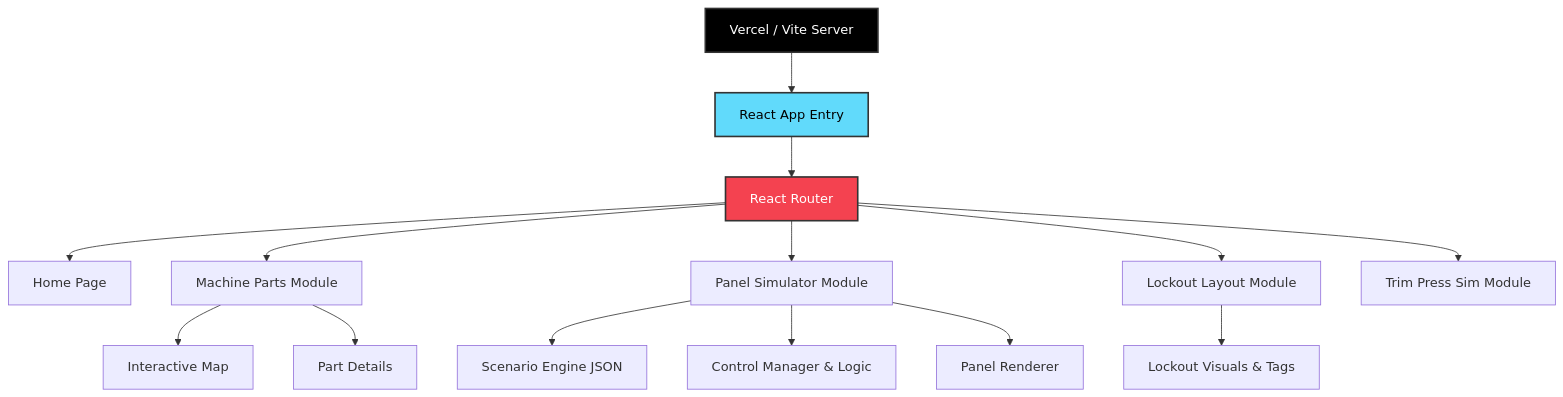
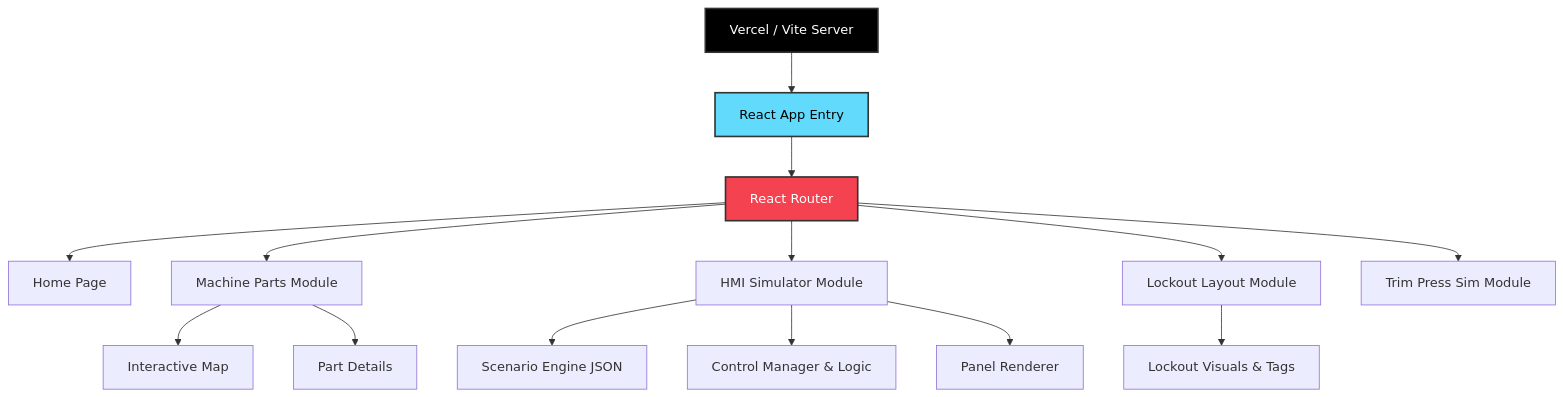
The diagram in README.md (eduardomatos66/dcmo), drawn with Mermaid before and after one commit. The commit also changed other lines of this file and 14 other files, not shown here.

````diff
--- a/README.md
+++ b/README.md
@@ -6,24 +6,24 @@
 ```mermaid
 graph TD
     A[Vercel / Vite Server] --> B[React App Entry]
     B --> C[React Router]
     
     C --> D[Home Page]
     C --> E[Machine Parts Module]
-    C --> F[Panel Simulator Module]
+    C --> F[HMI Simulator Module]
     C --> G[Lockout Layout Module]
     C --> H[Trim Press Sim Module]
     
     E --> E1[Interactive Map]
     E --> E2[Part Details]
     
     F --> F1[Scenario Engine JSON]
     F --> F2[Control Manager & Logic]
     F --> F3[Panel Renderer]
     
     G --> G1[Lockout Visuals & Tags]
     
     style A fill:#000,stroke:#333,stroke-width:2px,color:#fff
     style B fill:#61DAFB,stroke:#333,stroke-width:2px,color:#000
     style C fill:#f44250,stroke:#333,stroke-width:2px,color:#fff
 ```
````
